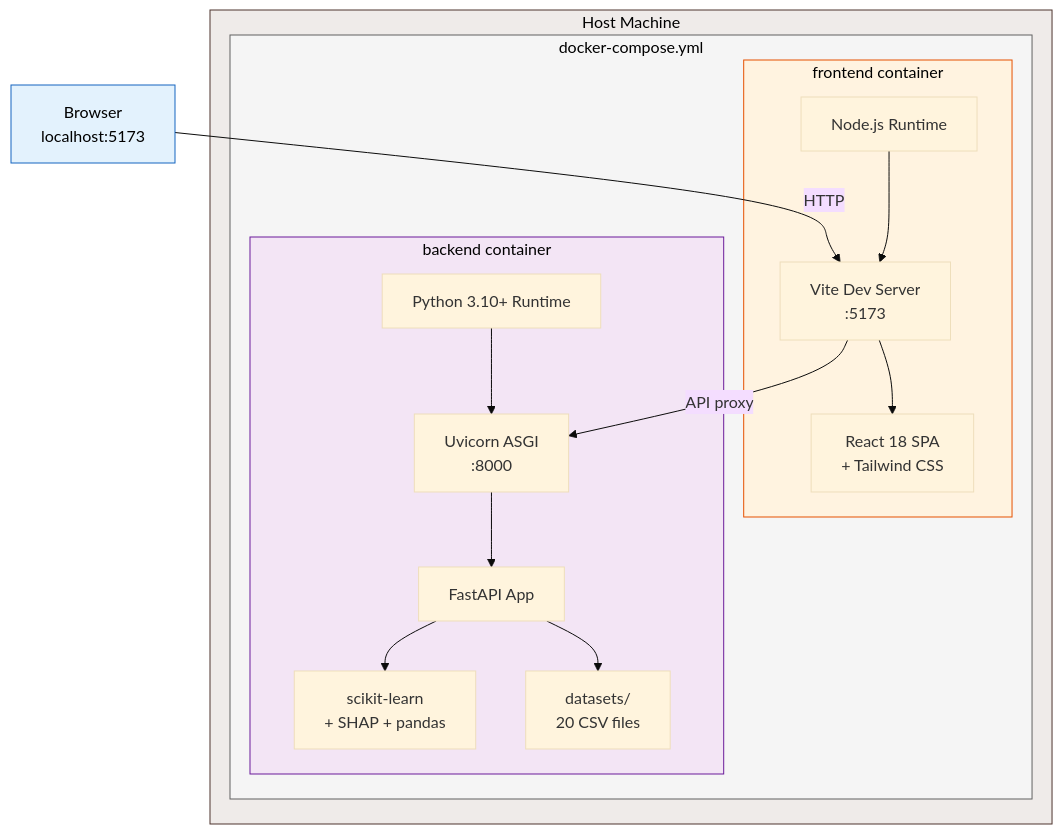
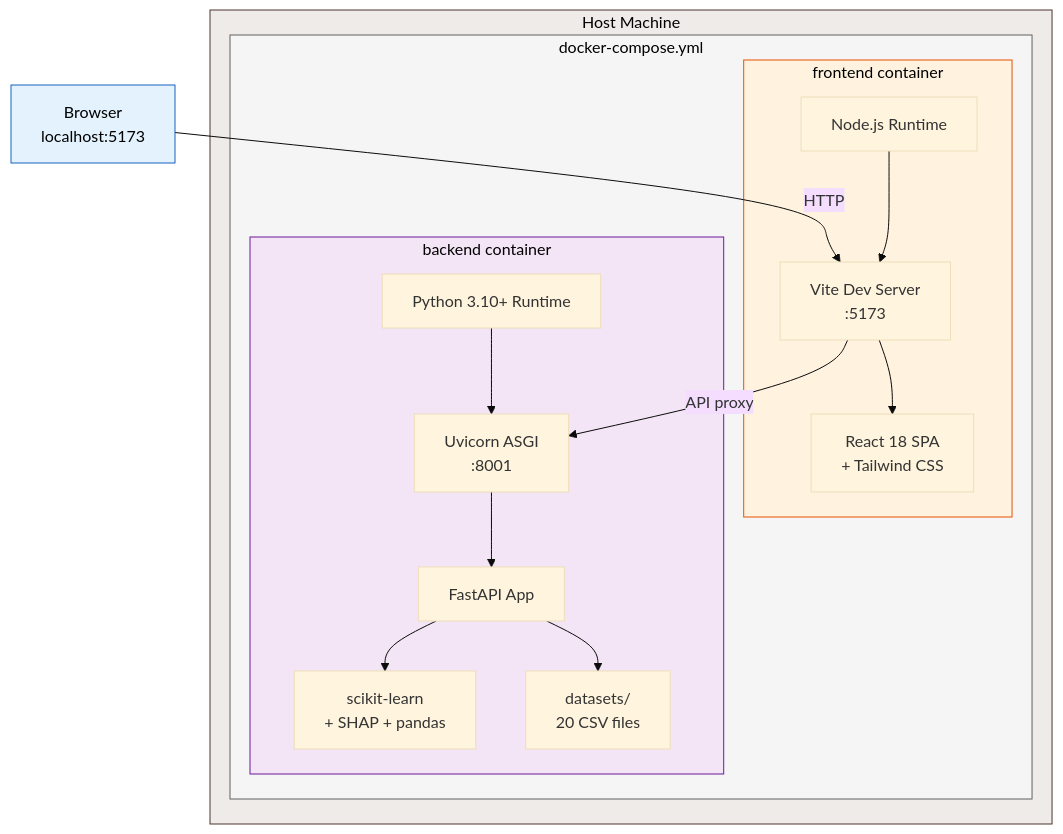
Before and after one commit to EudaLabs/HealthWithSevgi: the sixth of 6 diagrams in docs/mermaid/toolchain.md, drawn with Mermaid (base theme). The commit also changed other lines of this file and 3 other files, not shown here.

````diff
--- a/docs/mermaid/toolchain.md
+++ b/docs/mermaid/toolchain.md
@@ -305,37 +305,37 @@
 ```mermaid
 graph TB
     subgraph HOST["Host Machine"]
         subgraph COMPOSE["docker-compose.yml"]
             subgraph FE_CONTAINER["frontend container"]
                 NODE["Node.js Runtime"]
                 VITE_S["Vite Dev Server<br/>:5173"]
                 REACT_APP["React 18 SPA<br/>+ Tailwind CSS"]
             end
 
             subgraph BE_CONTAINER["backend container"]
                 PY_RT["Python 3.10+ Runtime"]
-                UVI["Uvicorn ASGI<br/>:8000"]
+                UVI["Uvicorn ASGI<br/>:8001"]
                 FA["FastAPI App"]
                 SK["scikit-learn<br/>+ SHAP + pandas"]
                 CSV["datasets/<br/>20 CSV files"]
             end
         end
     end
 
     BROWSER_EXT["Browser<br/>localhost:5173"]
 
     BROWSER_EXT -->|"HTTP"| VITE_S
     VITE_S -->|"API proxy"| UVI
     NODE --> VITE_S
     VITE_S --> REACT_APP
     PY_RT --> UVI
     UVI --> FA
     FA --> SK
     FA --> CSV
 
     style HOST fill:#efebe9,stroke:#4e342e,color:#000
     style COMPOSE fill:#f5f5f5,stroke:#616161,color:#000
     style FE_CONTAINER fill:#fff3e0,stroke:#e65100,color:#000
     style BE_CONTAINER fill:#f3e5f5,stroke:#6a1b9a,color:#000
     style BROWSER_EXT fill:#e3f2fd,stroke:#1565c0,color:#000
 ```
````
